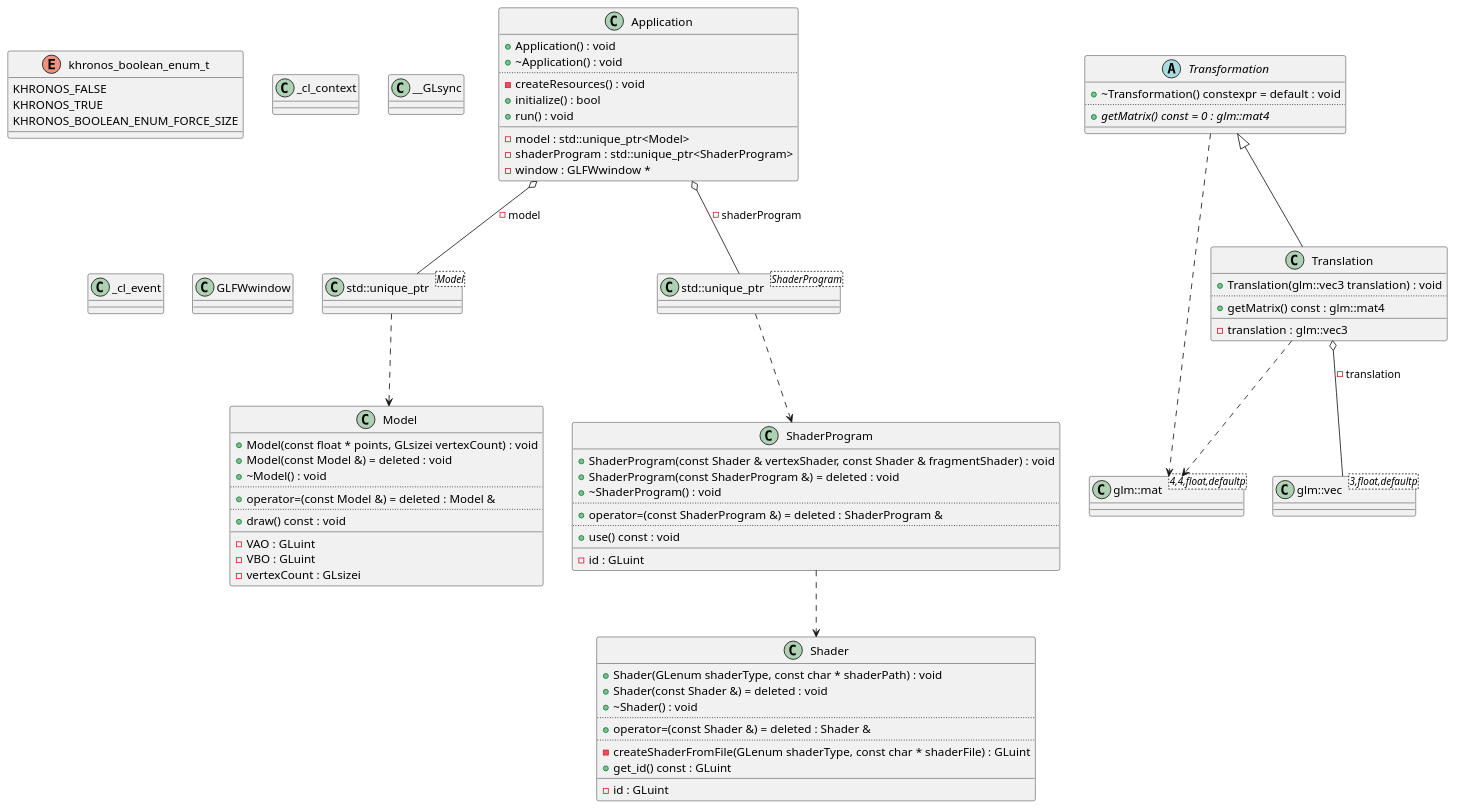
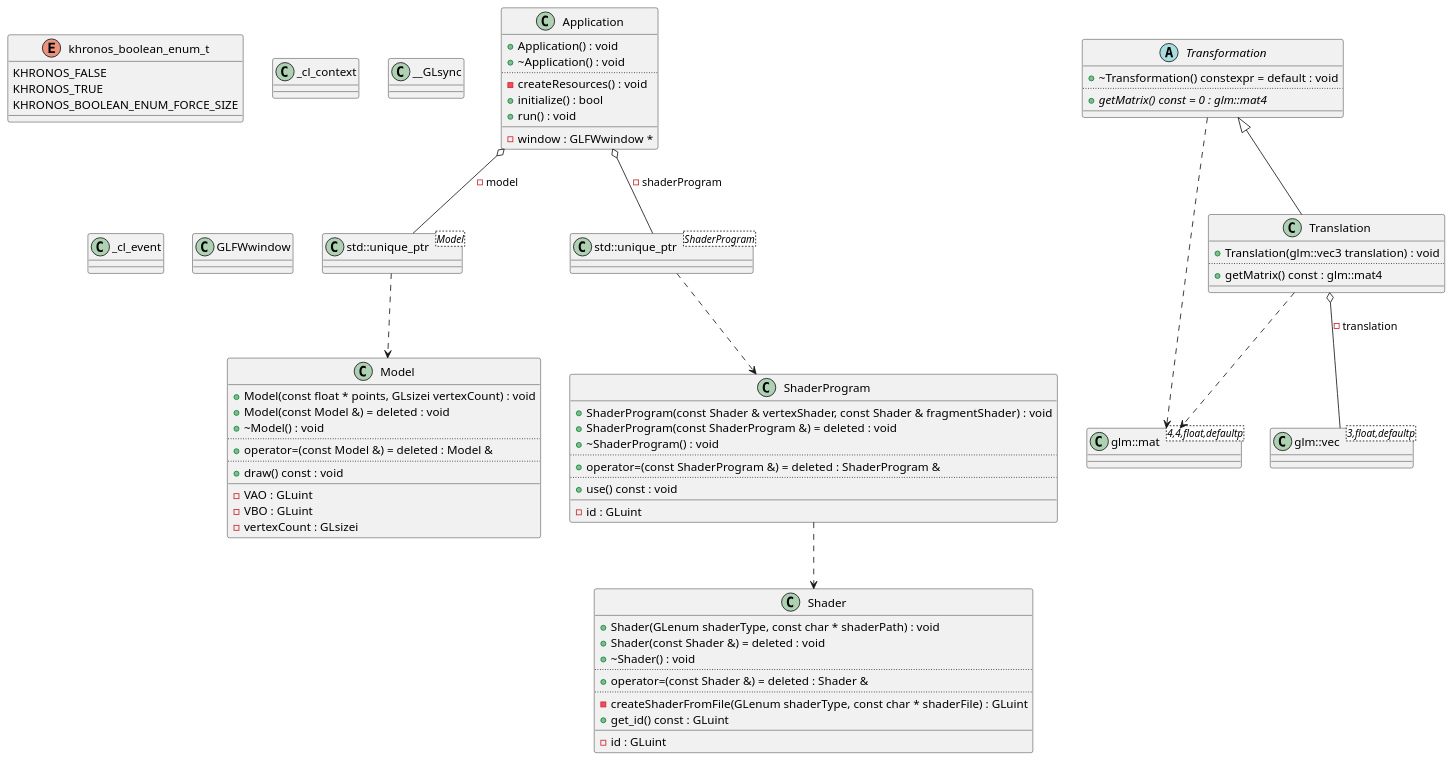
Before and after one commit to prezmyl/ZPG-computer-graphics: the diagram in project/diagrams/architecture.puml, drawn with PlantUML. The commit also changed 3 other files, not shown here.

```diff
--- a/project/diagrams/architecture.puml
+++ b/project/diagrams/architecture.puml
@@ -1,119 +1,116 @@
 @startuml
 enum "khronos_boolean_enum_t" as C_0014616433944762754393
 enum C_0014616433944762754393 {
 KHRONOS_FALSE
 KHRONOS_TRUE
 KHRONOS_BOOLEAN_ENUM_FORCE_SIZE
 }
 class "Shader" as C_0014899929896336503560
 class C_0014899929896336503560 {
 +Shader(GLenum shaderType, const char * shaderPath) : void
 +Shader(const Shader &) = deleted : void
 +~Shader() : void
 ..
 +operator=(const Shader &) = deleted : Shader &
 ..
 -createShaderFromFile(GLenum shaderType, const char * shaderFile) : GLuint
 +get_id() const : GLuint
 __
 -id : GLuint
 }
 class "ShaderProgram" as C_0009272917675807370667
 class C_0009272917675807370667 {
 +ShaderProgram(const Shader & vertexShader, const Shader & fragmentShader) : void
 +ShaderProgram(const ShaderProgram &) = deleted : void
 +~ShaderProgram() : void
 ..
 +operator=(const ShaderProgram &) = deleted : ShaderProgram &
 ..
 +use() const : void
 __
 -id : GLuint
 }
 class "std::unique_ptr<Model>" as C_0005429747195776422453
 class C_0005429747195776422453 {
 __
 }
 class "std::unique_ptr<ShaderProgram>" as C_0002291808102789227029
 class C_0002291808102789227029 {
 __
 }
 class "_cl_context" as C_0005505353034777529899
 class C_0005505353034777529899 {
 __
 }
 class "__GLsync" as C_0005656535728663299924
 class C_0005656535728663299924 {
 __
 }
 class "_cl_event" as C_0016742860404031477541
 class C_0016742860404031477541 {
 __
 }
 class "Model" as C_0013243640185453418494
 class C_0013243640185453418494 {
 +Model(const float * points, GLsizei vertexCount) : void
 +Model(const Model &) = deleted : void
 +~Model() : void
 ..
 +operator=(const Model &) = deleted : Model &
 ..
 +draw() const : void
 __
 -VAO : GLuint
 -VBO : GLuint
 -vertexCount : GLsizei
 }
 class "Application" as C_0008808924239730370349
 class C_0008808924239730370349 {
 +Application() : void
 +~Application() : void
 ..
 -createResources() : void
 +initialize() : bool
 +run() : void
 __
--model : std::unique_ptr<Model>
--shaderProgram : std::unique_ptr<ShaderProgram>
 -window : GLFWwindow *
 }
 class "GLFWwindow" as C_0008434725962297335764
 class C_0008434725962297335764 {
 __
 }
 class "glm::mat<4,4,float,defaultp>" as C_0010357790864569679796
 class C_0010357790864569679796 {
 __
 }
 class "glm::vec<3,float,defaultp>" as C_0005836985577823843820
 class C_0005836985577823843820 {
 __
 }
 abstract "Transformation" as C_0011135272028013465752
 abstract C_0011135272028013465752 {
 +~Transformation() constexpr = default : void
 ..
 {abstract} +getMatrix() const = 0 : glm::mat4
 __
 }
 class "Translation" as C_0017401563024334194039
 class C_0017401563024334194039 {
 +Translation(glm::vec3 translation) : void
 ..
 +getMatrix() const : glm::mat4
 __
--translation : glm::vec3
 }
 C_0009272917675807370667 ..> C_0014899929896336503560
 C_0005429747195776422453 ..> C_0013243640185453418494
 C_0002291808102789227029 ..> C_0009272917675807370667
 C_0008808924239730370349 o-- C_0005429747195776422453 : -model
 C_0008808924239730370349 o-- C_0002291808102789227029 : -shaderProgram
 C_0011135272028013465752 ..> C_0010357790864569679796
 C_0017401563024334194039 ..> C_0010357790864569679796
 C_0017401563024334194039 o-- C_0005836985577823843820 : -translation
 C_0011135272028013465752 <|-- C_0017401563024334194039
 
 'Generated with clang-uml, version 0.6.3
 'LLVM version clang version 22.1.8 (Fedora 22.1.8-4.fc44)
 @enduml
```
